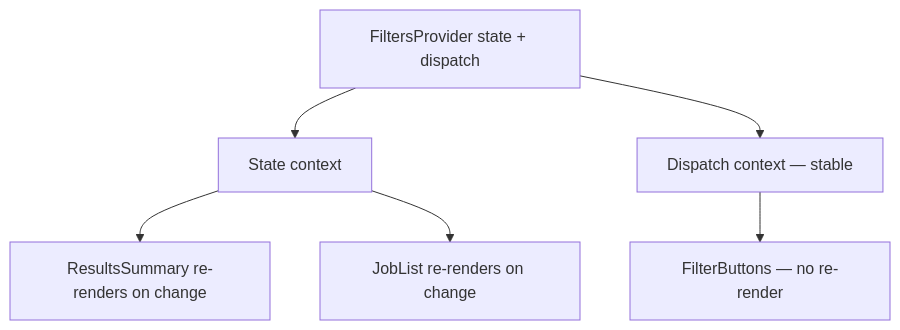
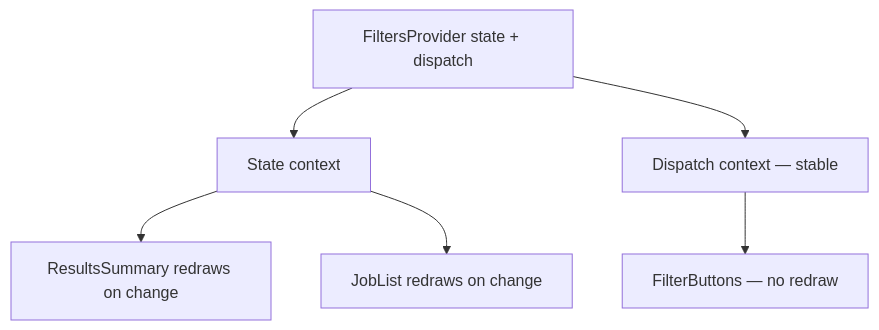
The diagram in content/modules/m4/w5/04-context-api.md (MuhammadIsmailHasan/fsse-ai-handbook), drawn with Mermaid before and after one commit. The commit also changed other lines of this file and 1 other file, not shown here.

````diff
--- a/content/modules/m4/w5/04-context-api.md
+++ b/content/modules/m4/w5/04-context-api.md
@@ -136,8 +157,8 @@
 ```mermaid
 flowchart TD
     P[FiltersProvider state + dispatch] --> S[State context]
     P --> D[Dispatch context — stable]
-    S --> Summary[ResultsSummary re-renders on change]
-    S --> List[JobList re-renders on change]
-    D --> Buttons[FilterButtons — no re-render]
+    S --> Summary[ResultsSummary redraws on change]
+    S --> List[JobList redraws on change]
+    D --> Buttons[FilterButtons — no redraw]
 ```
````
